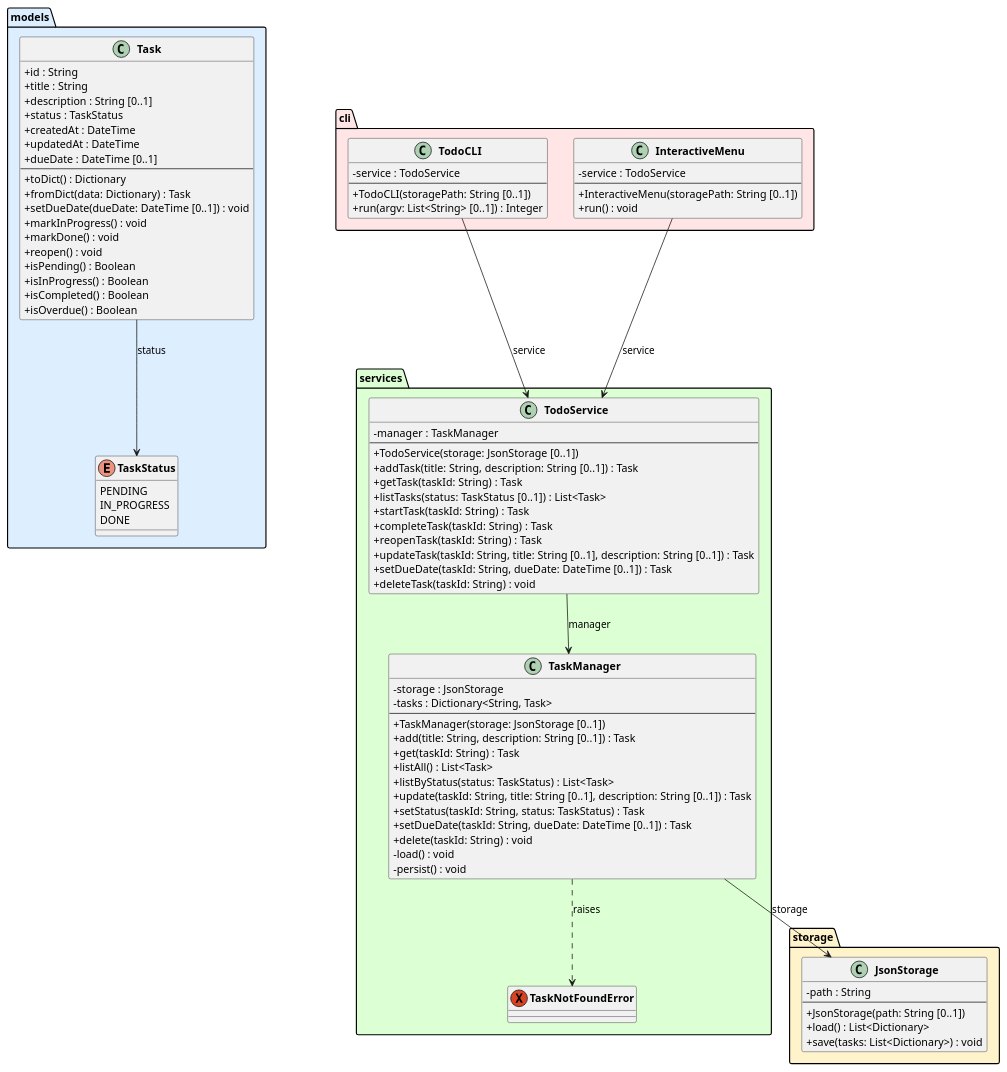
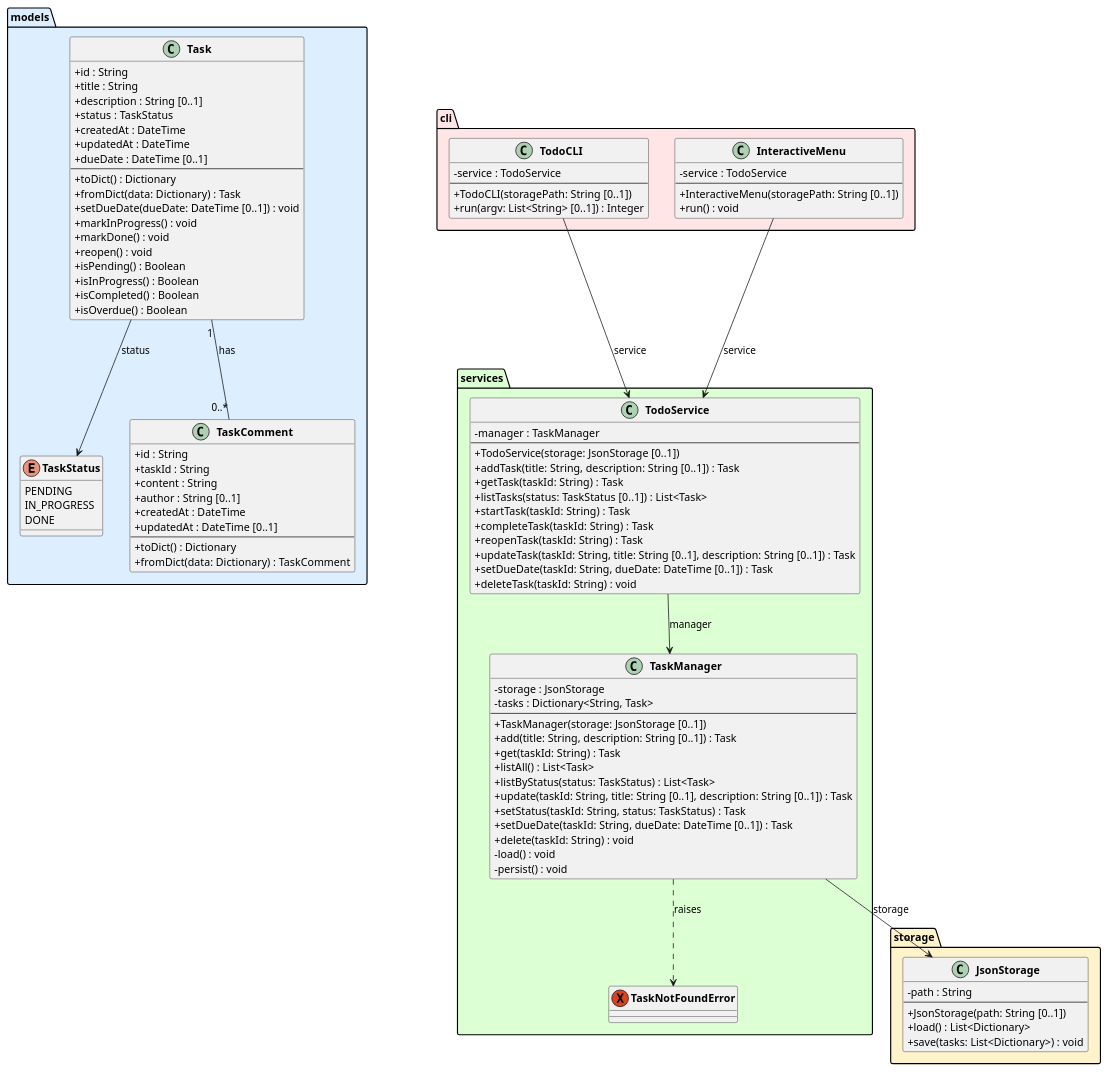
The diagram in experiments/broadcast/user_stories/TODO/artifacts/class_diagram.puml (DanielRiha8906/Software_autoevolution_using_agents), drawn with PlantUML before and after one commit. The commit also changed 1 other file, not shown here.

Commit message:
update progress.md with task 03 results and update class diagram with TaskComment

```diff
--- a/experiments/broadcast/user_stories/TODO/artifacts/class_diagram.puml
+++ b/experiments/broadcast/user_stories/TODO/artifacts/class_diagram.puml
@@ -1,104 +1,117 @@
 @startuml class_diagram
 
 skinparam classAttributeIconSize 0
 skinparam classFontStyle bold
 
 package "models" #DDEEFF {
     enum TaskStatus {
         PENDING
         IN_PROGRESS
         DONE
     }
 
     class Task {
         +id : String
         +title : String
         +description : String [0..1]
         +status : TaskStatus
         +createdAt : DateTime
         +updatedAt : DateTime
         +dueDate : DateTime [0..1]
         --
         +toDict() : Dictionary
         +fromDict(data: Dictionary) : Task
         +setDueDate(dueDate: DateTime [0..1]) : void
         +markInProgress() : void
         +markDone() : void
         +reopen() : void
         +isPending() : Boolean
         +isInProgress() : Boolean
         +isCompleted() : Boolean
         +isOverdue() : Boolean
+    }
+
+    class TaskComment {
+        +id : String
+        +taskId : String
+        +content : String
+        +author : String [0..1]
+        +createdAt : DateTime
+        +updatedAt : DateTime [0..1]
+        --
+        +toDict() : Dictionary
+        +fromDict(data: Dictionary) : TaskComment
     }
 }
 
 package "storage" #FFF3CC {
     class JsonStorage {
         -path : String
         --
         +JsonStorage(path: String [0..1])
         +load() : List<Dictionary>
         +save(tasks: List<Dictionary>) : void
     }
 }
 
 package "services" #DDFFD4 {
     exception TaskNotFoundError
 
     class TaskManager {
         -storage : JsonStorage
         -tasks : Dictionary<String, Task>
         --
         +TaskManager(storage: JsonStorage [0..1])
         +add(title: String, description: String [0..1]) : Task
         +get(taskId: String) : Task
         +listAll() : List<Task>
         +listByStatus(status: TaskStatus) : List<Task>
         +update(taskId: String, title: String [0..1], description: String [0..1]) : Task
         +setStatus(taskId: String, status: TaskStatus) : Task
         +setDueDate(taskId: String, dueDate: DateTime [0..1]) : Task
         +delete(taskId: String) : void
         -load() : void
         -persist() : void
     }
 
     class TodoService {
         -manager : TaskManager
         --
         +TodoService(storage: JsonStorage [0..1])
         +addTask(title: String, description: String [0..1]) : Task
         +getTask(taskId: String) : Task
         +listTasks(status: TaskStatus [0..1]) : List<Task>
         +startTask(taskId: String) : Task
         +completeTask(taskId: String) : Task
         +reopenTask(taskId: String) : Task
         +updateTask(taskId: String, title: String [0..1], description: String [0..1]) : Task
         +setDueDate(taskId: String, dueDate: DateTime [0..1]) : Task
         +deleteTask(taskId: String) : void
     }
 }
 
 package "cli" #FFE5E5 {
     class TodoCLI {
         -service : TodoService
         --
         +TodoCLI(storagePath: String [0..1])
         +run(argv: List<String> [0..1]) : Integer
     }
 
     class InteractiveMenu {
         -service : TodoService
         --
         +InteractiveMenu(storagePath: String [0..1])
         +run() : void
     }
 }
 
 Task --> TaskStatus : status
+Task "1" -- "0..*" TaskComment : has
 TaskManager --> JsonStorage : storage
 TaskManager ..> TaskNotFoundError : raises
 TodoService --> TaskManager : manager
 TodoCLI --> TodoService : service
 InteractiveMenu --> TodoService : service
 
 @enduml
```
